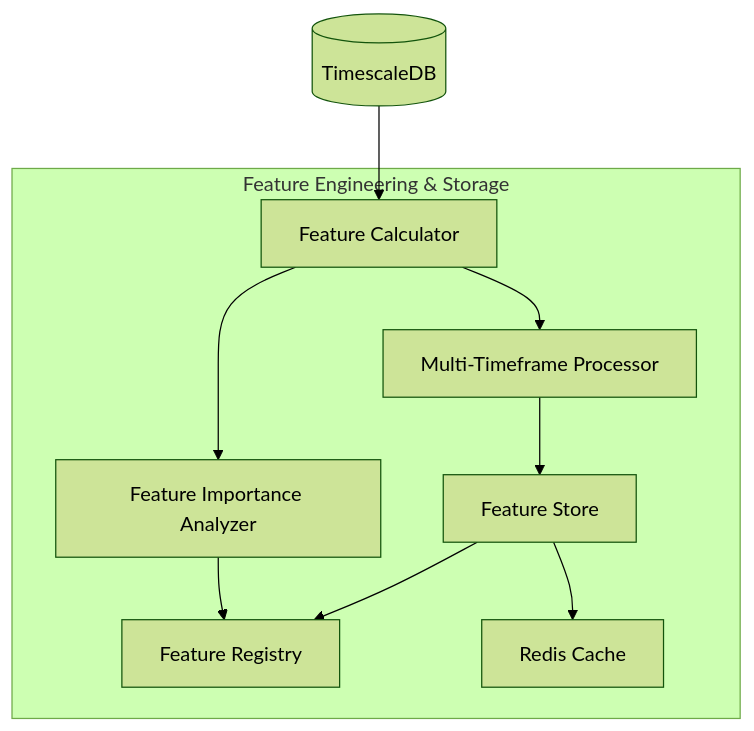
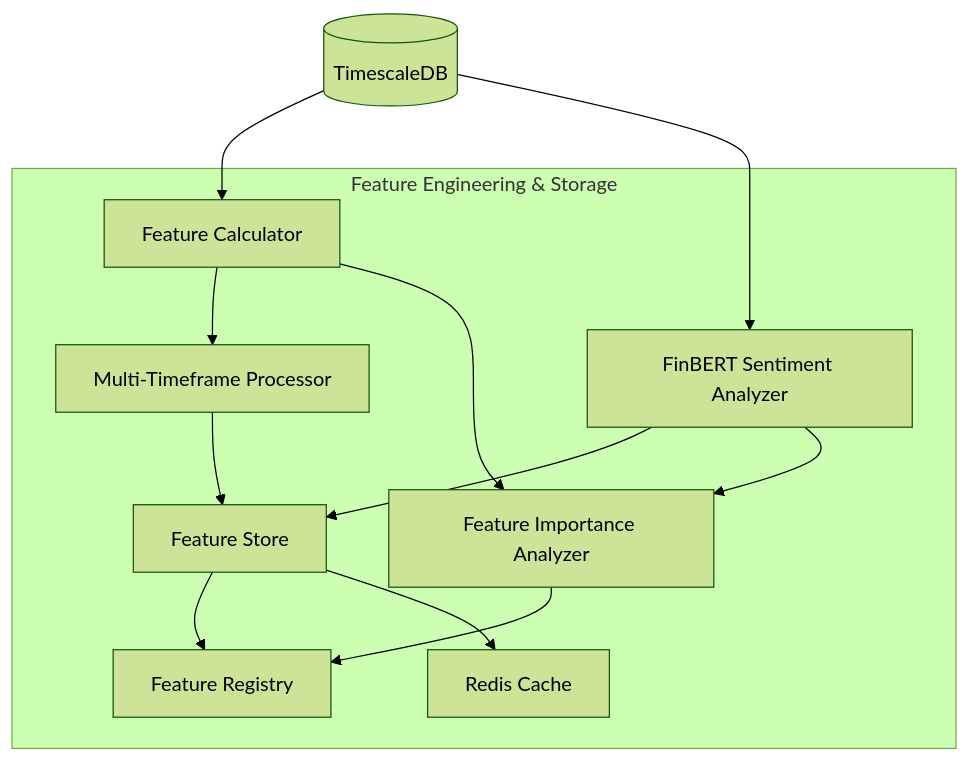
Before and after one commit to Slusheeking/INAVVI_0.0.1: the fourth of 18 diagrams in autonomous_trading_system/docs/03_autonomous_trading_system_workflow.md, drawn with Mermaid (forest theme). The commit also changed other lines of this file and 1393 other files, not shown here.

Commit message:
Add FinBERT sentiment analysis and GPU hardware support

````diff
--- a/autonomous_trading_system/docs/03_autonomous_trading_system_workflow.md
+++ b/autonomous_trading_system/docs/03_autonomous_trading_system_workflow.md
@@ -147,25 +147,29 @@
 ```mermaid
 flowchart TD
     %% Feature Engineering Components
     subgraph "Feature Engineering & Storage"
         FC[Feature Calculator]
+        FSA[FinBERT Sentiment Analyzer]
         MTP[Multi-Timeframe Processor]
         FS[Feature Store]
         FR[Feature Registry]
         FIA[Feature Importance Analyzer]
         RC[Redis Cache]
         
         FC --> MTP
+        FSA --> FS
         MTP --> FS
         FS --> FR
         FS --> RC
         FC --> FIA
+        FSA --> FIA
         FIA --> FR
     end
     
     %% External Systems
     TS1[(TimescaleDB)]
     
     %% External Connections
     TS1 --> FC
+    TS1 --> FSA
 ```
````
